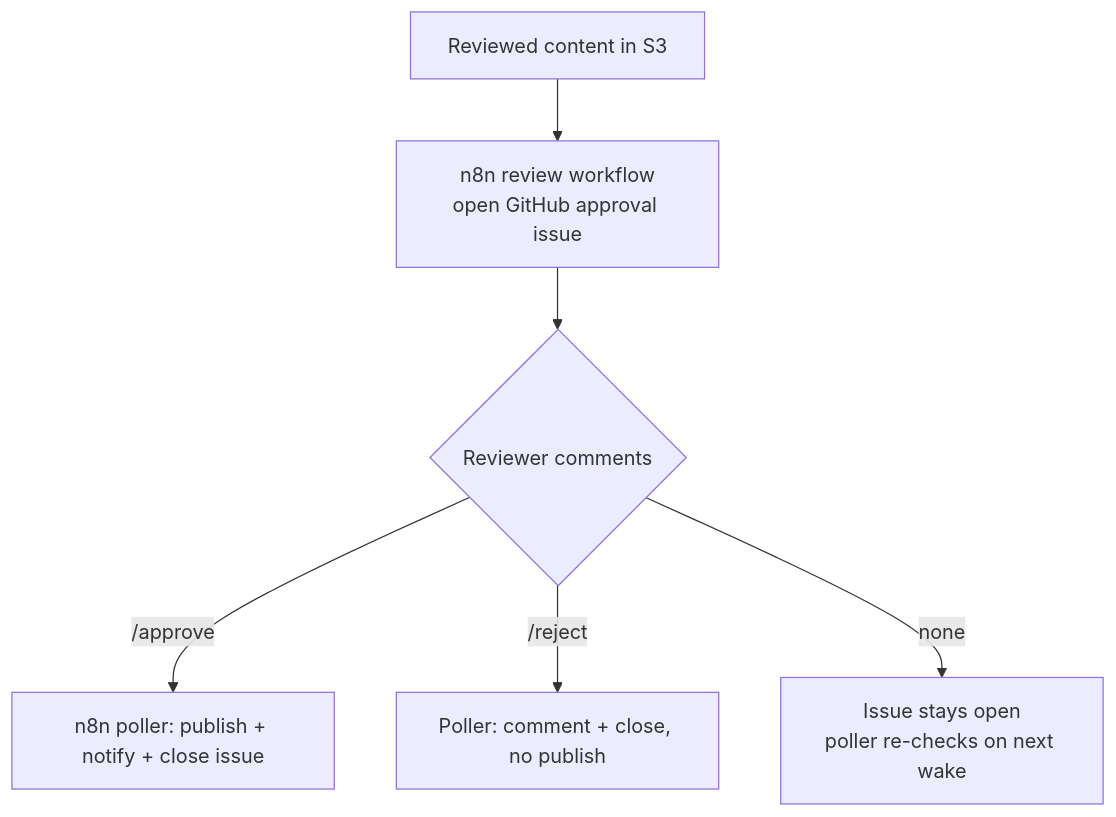
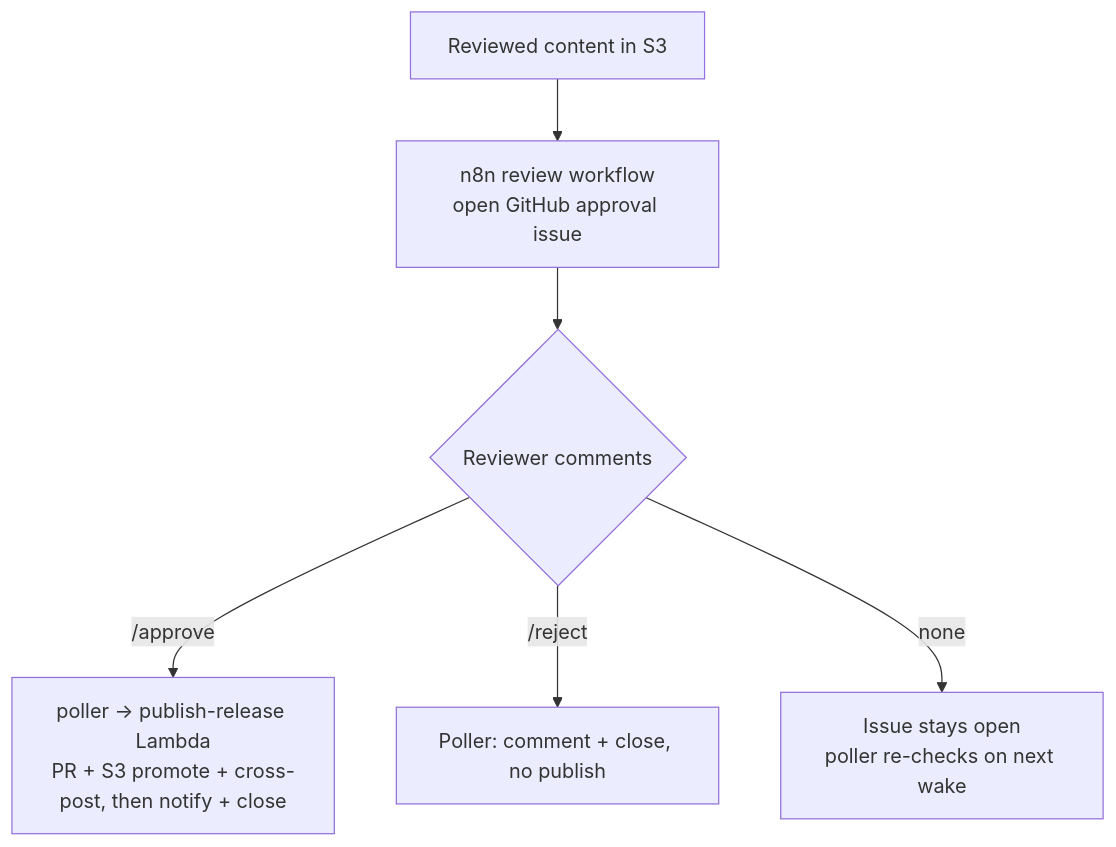
Before and after one commit to teddynted/ai-github-repository-blog-generator: the ninth of 10 diagrams in docs/workflows.md, drawn with Mermaid. The commit also changed other lines of this file and 1 other file, not shown here.

Commit message:
docs: reflect publish-release, cross-posting, and idle-stop lifecycle (#212)
The docs covered the serverless + n8n-owned architecture but predated the later
services. Add them:
- Technology Stack: publish-release Lambda (behind an API Gateway HTTP API), the
  cross-post targets (Dev.to/Hashnode/Medium), and the idle-stop instance lifecycle;
  notify-n8n + publish-release added to the Serverless row.
- Architecture flowchart + request lifecycle + AI Workflow sequence + the overview
  Mermaid: /approve now opens a blog PR, promotes to a published/ S3 prefix, and
  cross-posts, then notifies; power-off is idle-stop with event-driven start.
- workflows.md: approval section + diagram reflect publish-release + cross-post.

````diff
--- a/docs/workflows.md
+++ b/docs/workflows.md
@@ -211,8 +211,8 @@
 ```mermaid
 flowchart TB
     RV[Reviewed content in S3] --> ISS[n8n review workflow<br/>open GitHub approval issue]
     ISS --> HUM{Reviewer comments}
-    HUM -- /approve --> PUB[n8n poller: publish + notify + close issue]
+    HUM -- /approve --> PUB[poller → publish-release Lambda<br/>PR + S3 promote + cross-post, then notify + close]
     HUM -- /reject --> REJ[Poller: comment + close, no publish]
     HUM -- none --> WAIT[Issue stays open<br/>poller re-checks on next wake]
 ```
````
